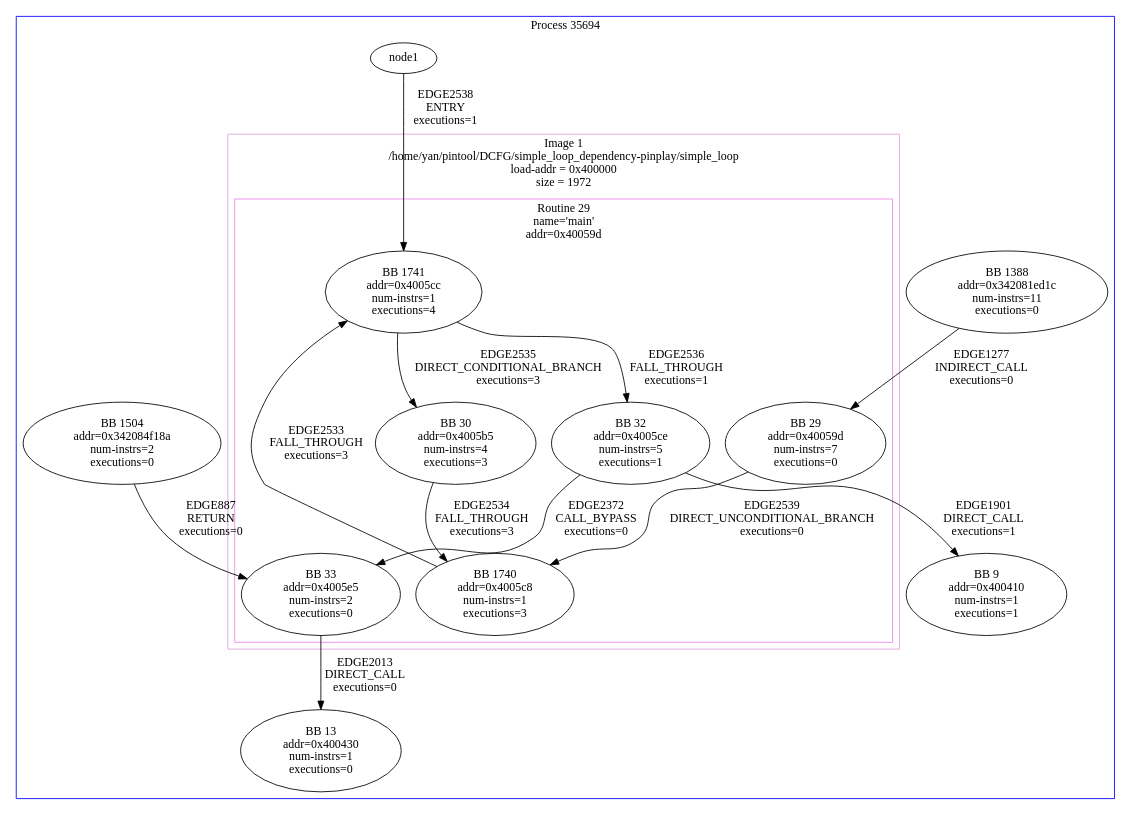
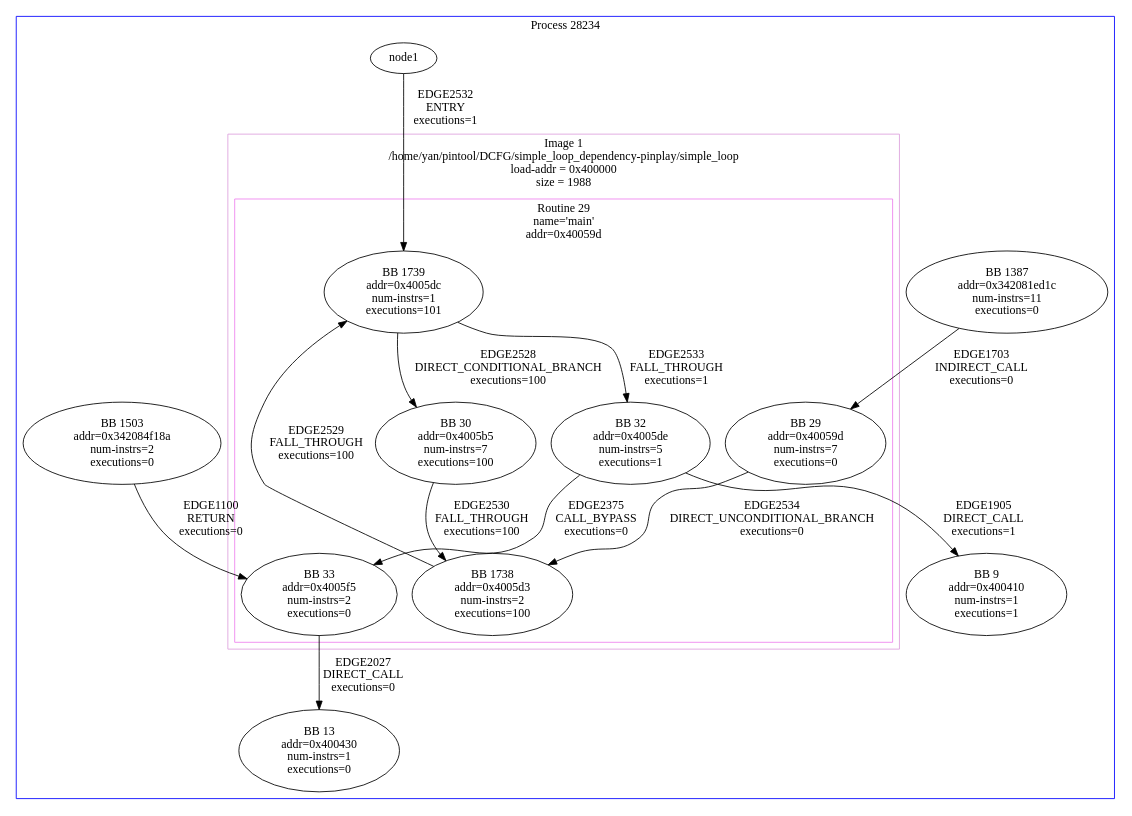
Before and after one commit to passlab/DCFG: the diagram in simple_loop_dependency-pinplay/region.dcfg.dot, drawn with Graphviz. The commit also changed 21 other files, not shown here.

Commit message:
a more complicated simple loop example that process an array

```diff
--- a/simple_loop_dependency-pinplay/region.dcfg.dot
+++ b/simple_loop_dependency-pinplay/region.dcfg.dot
@@ -1,48 +1,48 @@
 # This file is in the DOT graph-visualization language.
 # See http://www.graphviz.org for a list of programs to render the graph.
 digraph dcfg {
- subgraph cluster_pid35694 {
+ subgraph cluster_pid28234 {
   color=blue;
-  label="Process 35694";
+  label="Process 28234";
   subgraph cluster_image1 {
    color=plum;
-   label="Image 1\n/home/yan/pintool/DCFG/simple_loop_dependency-pinplay/simple_loop\nload-addr = 0x400000\nsize = 1972";
+   label="Image 1\n/home/yan/pintool/DCFG/simple_loop_dependency-pinplay/simple_loop\nload-addr = 0x400000\nsize = 1988";
   subgraph cluster_routine29 {
    color=violet;
    label="Routine 29\nname='main'\naddr=0x40059d";
-   node33 [label="BB 33\naddr=0x4005e5\nnum-instrs=2\nexecutions=0"];
-   node1740 [label="BB 1740\naddr=0x4005c8\nnum-instrs=1\nexecutions=3"];
-   node1741 [label="BB 1741\naddr=0x4005cc\nnum-instrs=1\nexecutions=4"];
+   node33 [label="BB 33\naddr=0x4005f5\nnum-instrs=2\nexecutions=0"];
+   node1738 [label="BB 1738\naddr=0x4005d3\nnum-instrs=2\nexecutions=100"];
+   node1739 [label="BB 1739\naddr=0x4005dc\nnum-instrs=1\nexecutions=101"];
    node29 [label="BB 29\naddr=0x40059d\nnum-instrs=7\nexecutions=0"];
-   node30 [label="BB 30\naddr=0x4005b5\nnum-instrs=4\nexecutions=3"];
-   node32 [label="BB 32\naddr=0x4005ce\nnum-instrs=5\nexecutions=1"];
+   node30 [label="BB 30\naddr=0x4005b5\nnum-instrs=7\nexecutions=100"];
+   node32 [label="BB 32\naddr=0x4005de\nnum-instrs=5\nexecutions=1"];
   }
   } /* image1 */
   subgraph cluster_image2 {
    color=plum;
    label="Image 2\n/lib64/ld-linux-x86-64.so.2\nload-addr = 0x3420000000\nsize = 129552";
   } /* image2 */
   subgraph cluster_image3 {
    color=plum;
    label="Image 3\n/lib64/libc.so.6\nload-addr = 0x3420800000\nsize = 3750152";
   } /* image3 */
 
 # Edges
-node1741 -> node30 [label="EDGE2535\nDIRECT_CONDITIONAL_BRANCH\nexecutions=3"];
-node1741 -> node32 [label="EDGE2536\nFALL_THROUGH\nexecutions=1"];
-node1388 -> node29 [label="EDGE1277\nINDIRECT_CALL\nexecutions=0"];
-   node1388 [label="BB 1388\naddr=0x342081ed1c\nnum-instrs=11\nexecutions=0"];
-node1 -> node1741 [label="EDGE2538\nENTRY\nexecutions=1"];
+node1387 -> node29 [label="EDGE1703\nINDIRECT_CALL\nexecutions=0"];
+   node1387 [label="BB 1387\naddr=0x342081ed1c\nnum-instrs=11\nexecutions=0"];
+node1 -> node1739 [label="EDGE2532\nENTRY\nexecutions=1"];
    node1;
-node32 -> node9 [label="EDGE1901\nDIRECT_CALL\nexecutions=1"];
+node1503 -> node33 [label="EDGE1100\nRETURN\nexecutions=0"];
+   node1503 [label="BB 1503\naddr=0x342084f18a\nnum-instrs=2\nexecutions=0"];
+node1738 -> node1739 [label="EDGE2529\nFALL_THROUGH\nexecutions=100"];
+node32 -> node9 [label="EDGE1905\nDIRECT_CALL\nexecutions=1"];
    node9 [label="BB 9\naddr=0x400410\nnum-instrs=1\nexecutions=1"];
-node32 -> node33 [label="EDGE2372\nCALL_BYPASS\nexecutions=0"];
-node1504 -> node33 [label="EDGE887\nRETURN\nexecutions=0"];
-   node1504 [label="BB 1504\naddr=0x342084f18a\nnum-instrs=2\nexecutions=0"];
-node29 -> node1740 [label="EDGE2539\nDIRECT_UNCONDITIONAL_BRANCH\nexecutions=0"];
-node33 -> node13 [label="EDGE2013\nDIRECT_CALL\nexecutions=0"];
+node32 -> node33 [label="EDGE2375\nCALL_BYPASS\nexecutions=0"];
+node29 -> node1738 [label="EDGE2534\nDIRECT_UNCONDITIONAL_BRANCH\nexecutions=0"];
+node33 -> node13 [label="EDGE2027\nDIRECT_CALL\nexecutions=0"];
    node13 [label="BB 13\naddr=0x400430\nnum-instrs=1\nexecutions=0"];
-node1740 -> node1741 [label="EDGE2533\nFALL_THROUGH\nexecutions=3"];
-node30 -> node1740 [label="EDGE2534\nFALL_THROUGH\nexecutions=3"];
- } /* pid35694 */
+node1739 -> node30 [label="EDGE2528\nDIRECT_CONDITIONAL_BRANCH\nexecutions=100"];
+node30 -> node1738 [label="EDGE2530\nFALL_THROUGH\nexecutions=100"];
+node1739 -> node32 [label="EDGE2533\nFALL_THROUGH\nexecutions=1"];
+ } /* pid28234 */
 }
```
